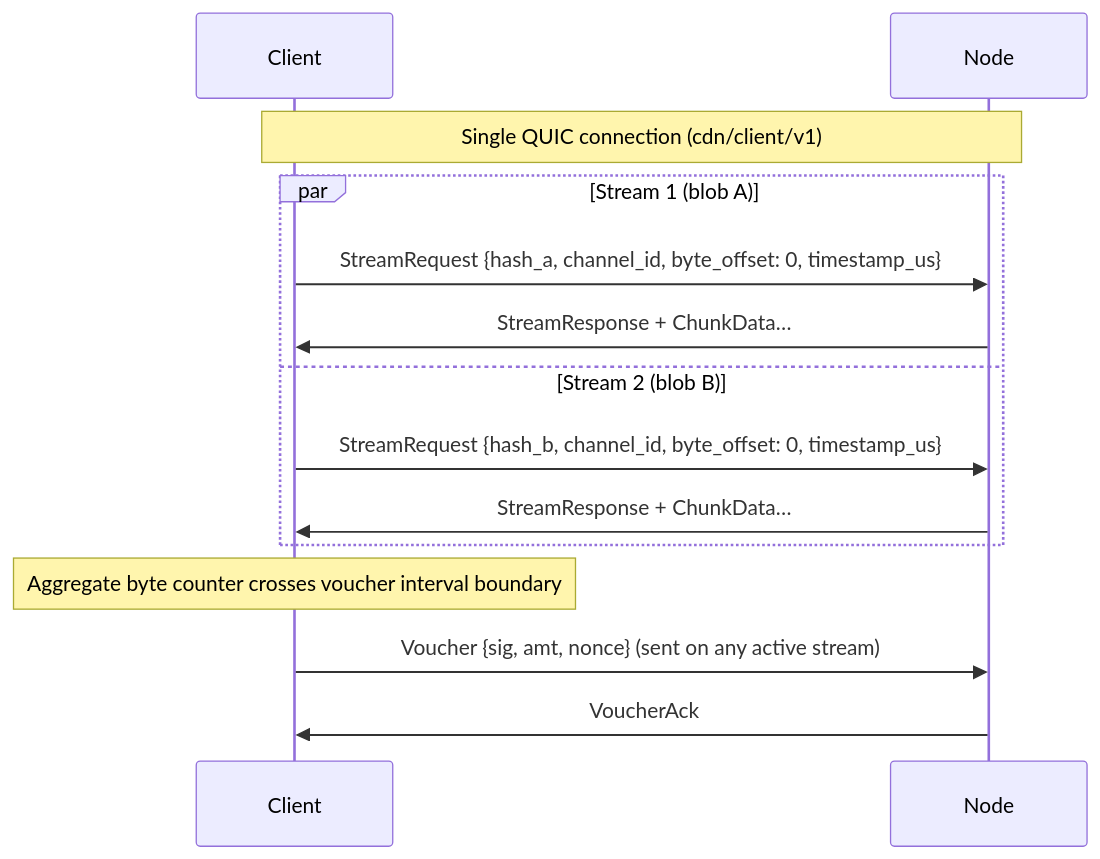
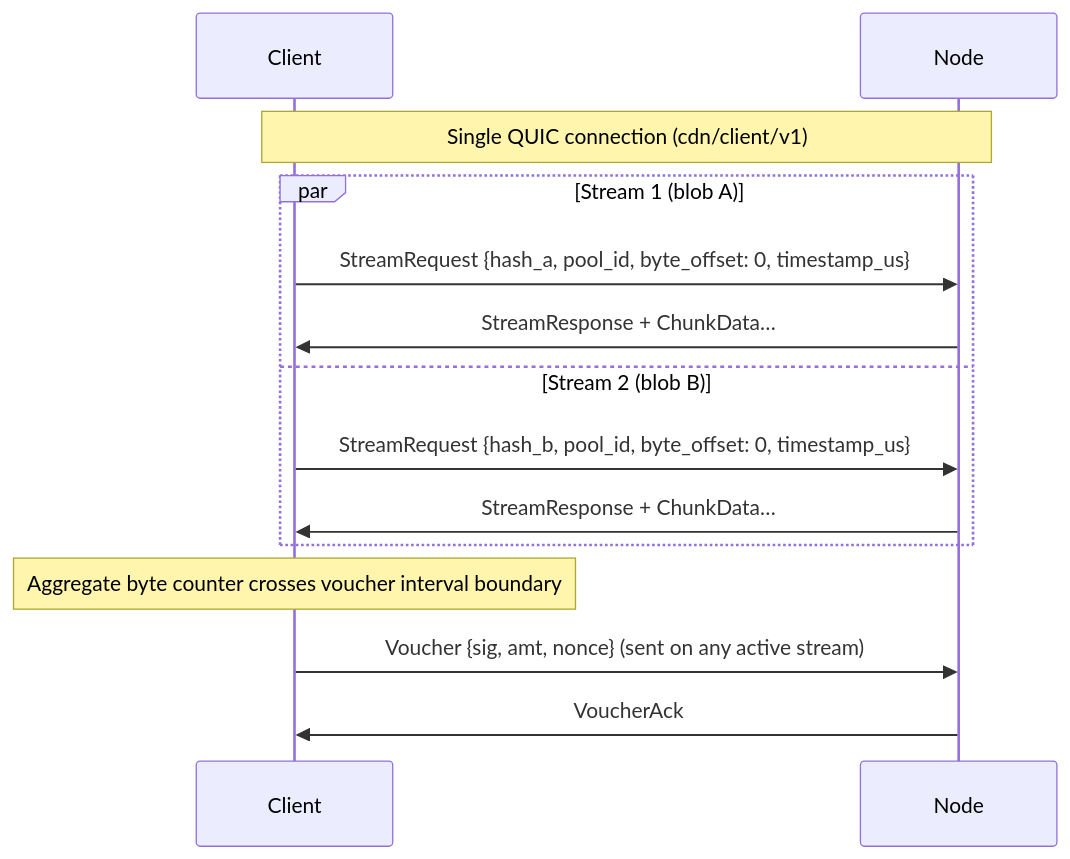
One commit to decdn/decdn changed the third of 3 diagrams in adr/005-protocol.md. Above: the diagram before and after it, drawn with Mermaid. The commit also changed other lines of this file and 26 other files, not shown here.

First line of the commit message:
docs(adr): rename PaymentChannel→PaymentPool, retire pool expiry

````diff
--- a/adr/005-protocol.md
+++ b/adr/005-protocol.md
@@ -227,19 +227,19 @@
 ```mermaid
 sequenceDiagram
     participant C as Client
     participant N as Node
 
     Note over C,N: Single QUIC connection (cdn/client/v1)
 
     par Stream 1 (blob A)
-        C->>N: StreamRequest {hash_a, channel_id, byte_offset: 0, timestamp_us}
+        C->>N: StreamRequest {hash_a, pool_id, byte_offset: 0, timestamp_us}
         N->>C: StreamResponse + ChunkData…
     and Stream 2 (blob B)
-        C->>N: StreamRequest {hash_b, channel_id, byte_offset: 0, timestamp_us}
+        C->>N: StreamRequest {hash_b, pool_id, byte_offset: 0, timestamp_us}
         N->>C: StreamResponse + ChunkData…
     end
 
     Note over C: Aggregate byte counter crosses voucher interval boundary
     C->>N: Voucher {sig, amt, nonce} (sent on any active stream)
     N->>C: VoucherAck
 ```
````
